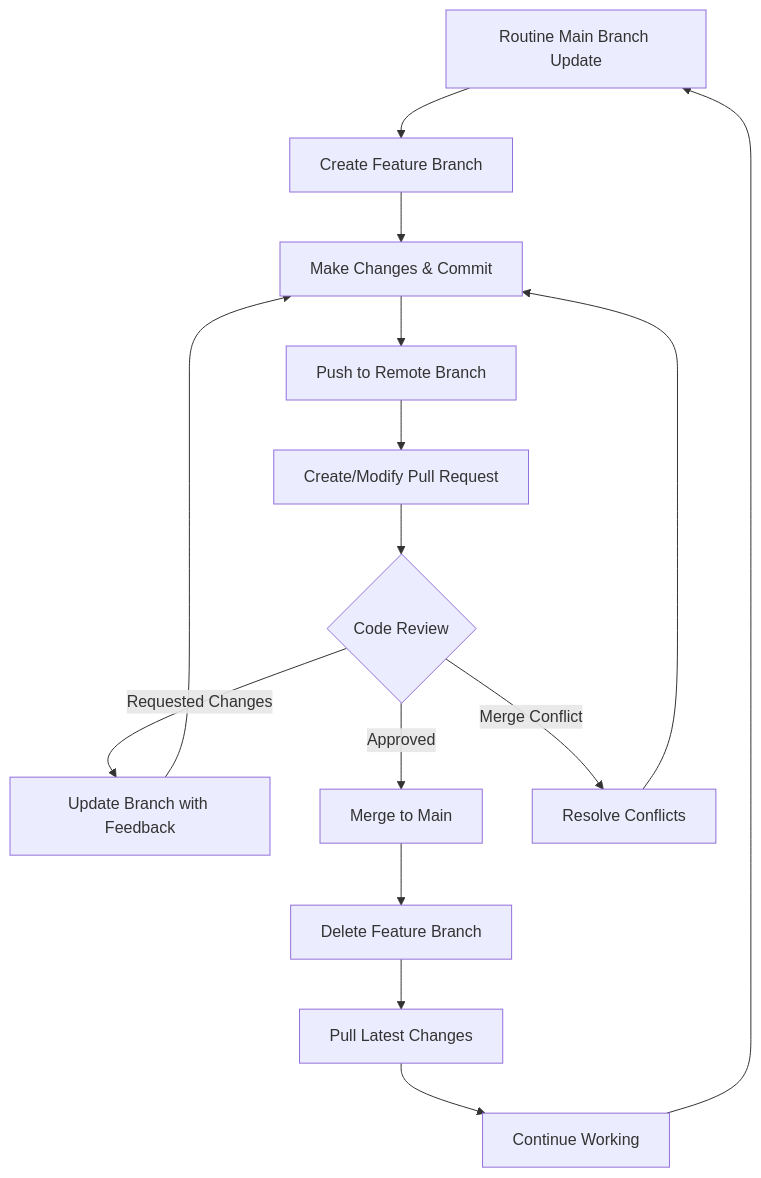
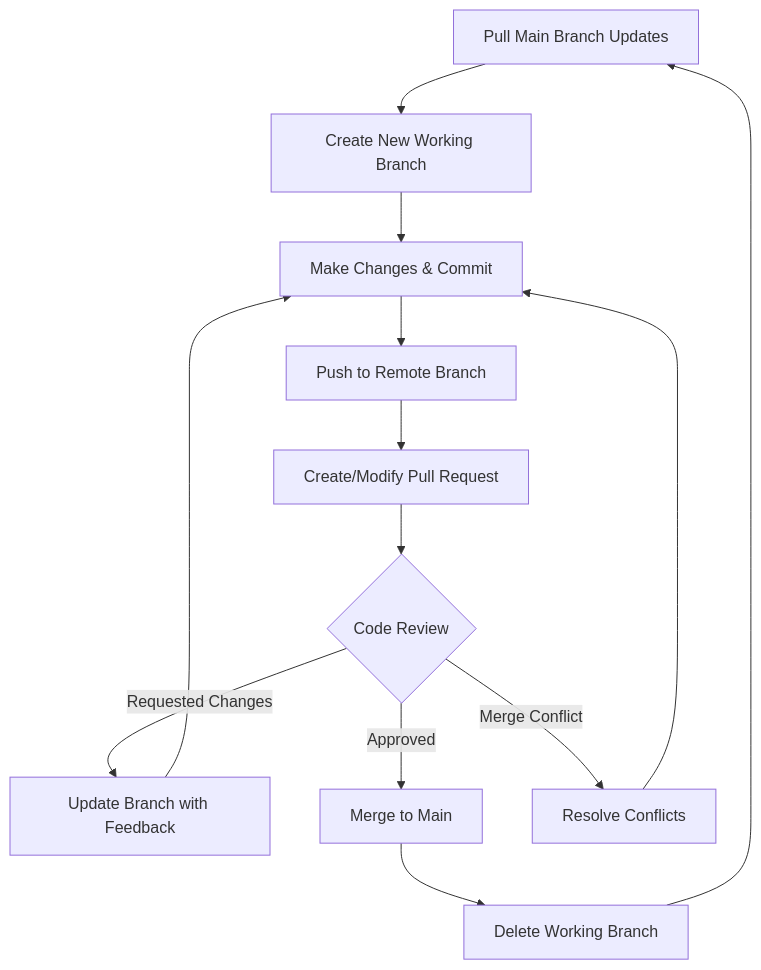
The first of 5 diagrams in Git/github-team-collaboration-workflow.md (weiwei-lab19/General-Resources), drawn with Mermaid before and after one commit. The commit also changed other lines of this file and 2 other files, not shown here.

````diff
--- a/Git/github-team-collaboration-workflow.md
+++ b/Git/github-team-collaboration-workflow.md
@@ -22,17 +22,16 @@
 ```mermaid
 graph TD
-    A[Routine Main Branch Update] --> B[Create Feature Branch]
+    A[Pull Main Branch Updates] --> B[Create New Working Branch]
     B --> C[Make Changes & Commit]
     C --> D[Push to Remote Branch]
     D --> E[Create/Modify Pull Request]
     E --> F{Code  Review}
     F -->|Requested Changes| G[Update Branch with Feedback]
     G --> C
     F -->|Approved| H[Merge to Main]
-    H --> I[Delete Feature Branch]
-    I --> J[Pull Latest Changes]
-    J --> K[Continue Working]
-    K --> A
+    H --> I[Delete Working Branch]
+    I --> A
     F -->|Merge Conflict| L[Resolve Conflicts]
     L --> C
+
 ```
````
